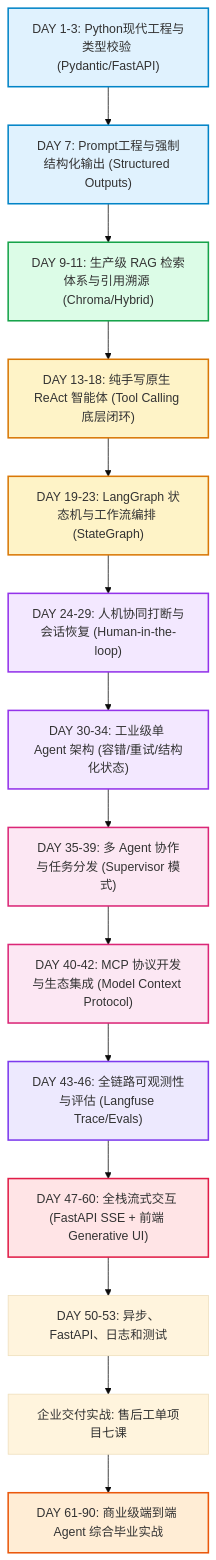
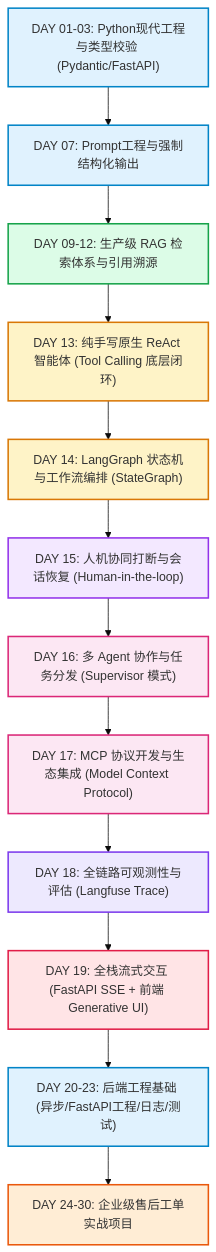
Before and after one commit to xiaolajiao12138/agent_lesson: the diagram in DAILY_CURRICULUM.md, drawn with Mermaid (base theme). The commit also changed other lines of this file and 20 other files, not shown here.

````diff
--- a/DAILY_CURRICULUM.md
+++ b/DAILY_CURRICULUM.md
@@ -10,29 +10,27 @@
 ```mermaid
 flowchart TD
-    D1["DAY 1-3: Python现代工程与类型校验 (Pydantic/FastAPI)"] --> D7["DAY 7: Prompt工程与强制结构化输出 (Structured Outputs)"]
-    D7 --> D9["DAY 9-11: 生产级 RAG 检索体系与引用溯源 (Chroma/Hybrid)"]
-    D9 --> D13["DAY 13-18: 纯手写原生 ReAct 智能体 (Tool Calling 底层闭环)"]
-    D13 --> D19["DAY 19-23: LangGraph 状态机与工作流编排 (StateGraph)"]
-    D19 --> D24["DAY 24-29: 人机协同打断与会话恢复 (Human-in-the-loop)"]
-    D24 --> D30["DAY 30-34: 工业级单 Agent 架构 (容错/重试/结构化状态)"]
-    D30 --> D35["DAY 35-39: 多 Agent 协作与任务分发 (Supervisor 模式)"]
-    D35 --> D40["DAY 40-42: MCP 协议开发与生态集成 (Model Context Protocol)"]
-    D40 --> D43["DAY 43-46: 全链路可观测性与评估 (Langfuse Trace/Evals)"]
-    D43 --> D47["DAY 47-60: 全栈流式交互 (FastAPI SSE + 前端 Generative UI)"]
-    D47 --> Backend["DAY 50-53: 异步、FastAPI、日志和测试"]
-    Backend --> Delivery["企业交付实战: 售后工单项目七课"]
-    Delivery --> D90["DAY 61-90: 商业级端到端 Agent 综合毕业实战"]
+    D1["DAY 01-03: Python现代工程与类型校验 (Pydantic/FastAPI)"] --> D7["DAY 07: Prompt工程与强制结构化输出"]
+    D7 --> D9["DAY 09-12: 生产级 RAG 检索体系与引用溯源"]
+    D9 --> D13["DAY 13: 纯手写原生 ReAct 智能体 (Tool Calling 底层闭环)"]
+    D13 --> D14["DAY 14: LangGraph 状态机与工作流编排 (StateGraph)"]
+    D14 --> D15["DAY 15: 人机协同打断与会话恢复 (Human-in-the-loop)"]
+    D15 --> D16["DAY 16: 多 Agent 协作与任务分发 (Supervisor 模式)"]
+    D16 --> D17["DAY 17: MCP 协议开发与生态集成 (Model Context Protocol)"]
+    D17 --> D18["DAY 18: 全链路可观测性与评估 (Langfuse Trace)"]
+    D18 --> D19["DAY 19: 全栈流式交互 (FastAPI SSE + 前端 Generative UI)"]
+    D19 --> D20["DAY 20-23: 后端工程基础 (异步/FastAPI工程/日志/测试)"]
+    D20 --> D24["DAY 24-30: 企业级售后工单实战项目"]
 
     style D1 fill:#e0f2fe,stroke:#0284c7,stroke-width:2px
     style D7 fill:#e0f2fe,stroke:#0284c7,stroke-width:2px
     style D9 fill:#dcfce7,stroke:#16a34a,stroke-width:2px
     style D13 fill:#fef3c7,stroke:#d97706,stroke-width:2px
-    style D19 fill:#fef3c7,stroke:#d97706,stroke-width:2px
-    style D24 fill:#f3e8ff,stroke:#9333ea,stroke-width:2px
-    style D30 fill:#f3e8ff,stroke:#9333ea,stroke-width:2px
-    style D35 fill:#fce7f3,stroke:#db2777,stroke-width:2px
-    style D40 fill:#fce7f3,stroke:#db2777,stroke-width:2px
-    style D43 fill:#ede9fe,stroke:#7c3aed,stroke-width:2px
-    style D47 fill:#ffe4e6,stroke:#e11d48,stroke-width:2px
-    style D90 fill:#ffedd5,stroke:#ea580c,stroke-width:2px
+    style D14 fill:#fef3c7,stroke:#d97706,stroke-width:2px
+    style D15 fill:#f3e8ff,stroke:#9333ea,stroke-width:2px
+    style D16 fill:#fce7f3,stroke:#db2777,stroke-width:2px
+    style D17 fill:#fce7f3,stroke:#db2777,stroke-width:2px
+    style D18 fill:#ede9fe,stroke:#7c3aed,stroke-width:2px
+    style D19 fill:#ffe4e6,stroke:#e11d48,stroke-width:2px
+    style D20 fill:#e0f2fe,stroke:#0284c7,stroke-width:2px
+    style D24 fill:#ffedd5,stroke:#ea580c,stroke-width:2px
 ```
````
